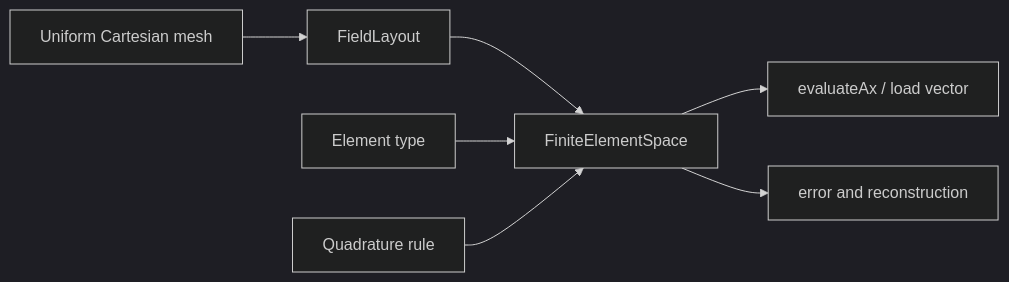
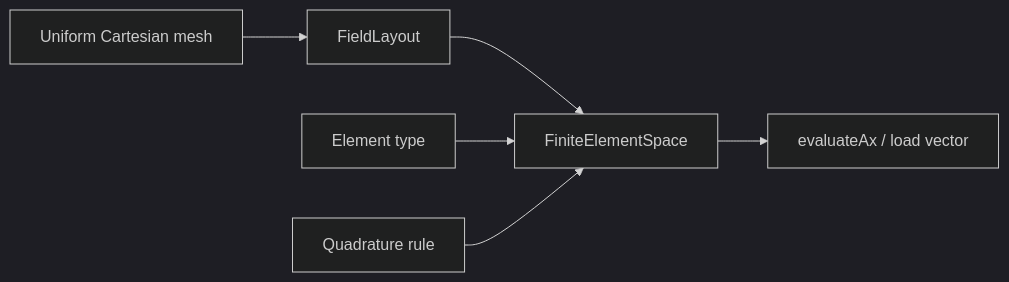
One commit to IPPL-framework/Manual changed the diagram in sections/fem/index.qmd. Above: the diagram before and after it, drawn with Mermaid (dark theme). The commit also changed other lines of this file and 1 other file, not shown here.

````diff
--- a/sections/fem/index.qmd
+++ b/sections/fem/index.qmd
@@ -51,9 +41,8 @@
 ```{mermaid}
 flowchart LR
   Mesh["Uniform Cartesian mesh"] --> Layout["FieldLayout"]
   Layout --> Space["FiniteElementSpace"]
   Element["Element type"] --> Space
   Quad["Quadrature rule"] --> Space
   Space --> Assembly["evaluateAx / load vector"]
-  Space --> Error["error and reconstruction"]
 ```
````
